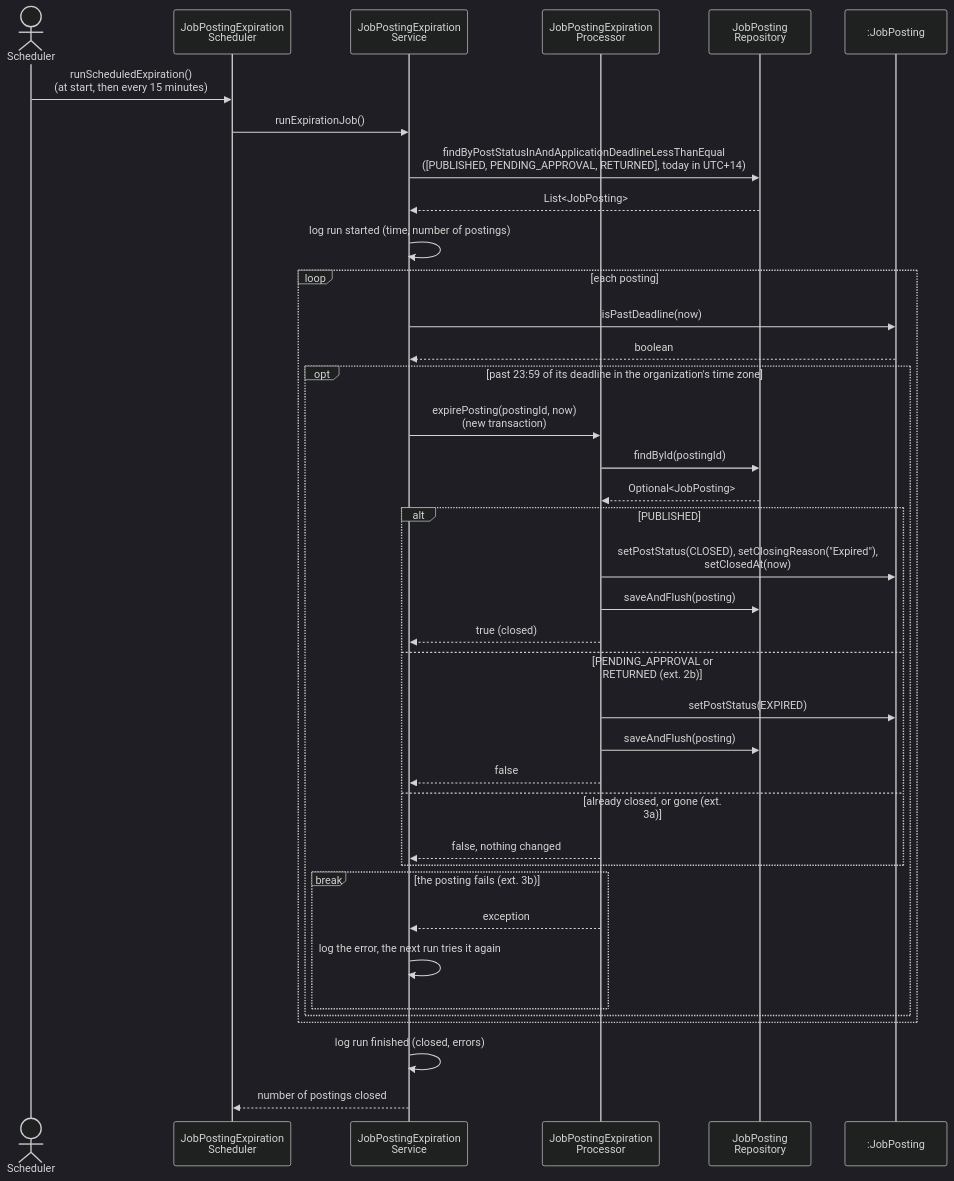
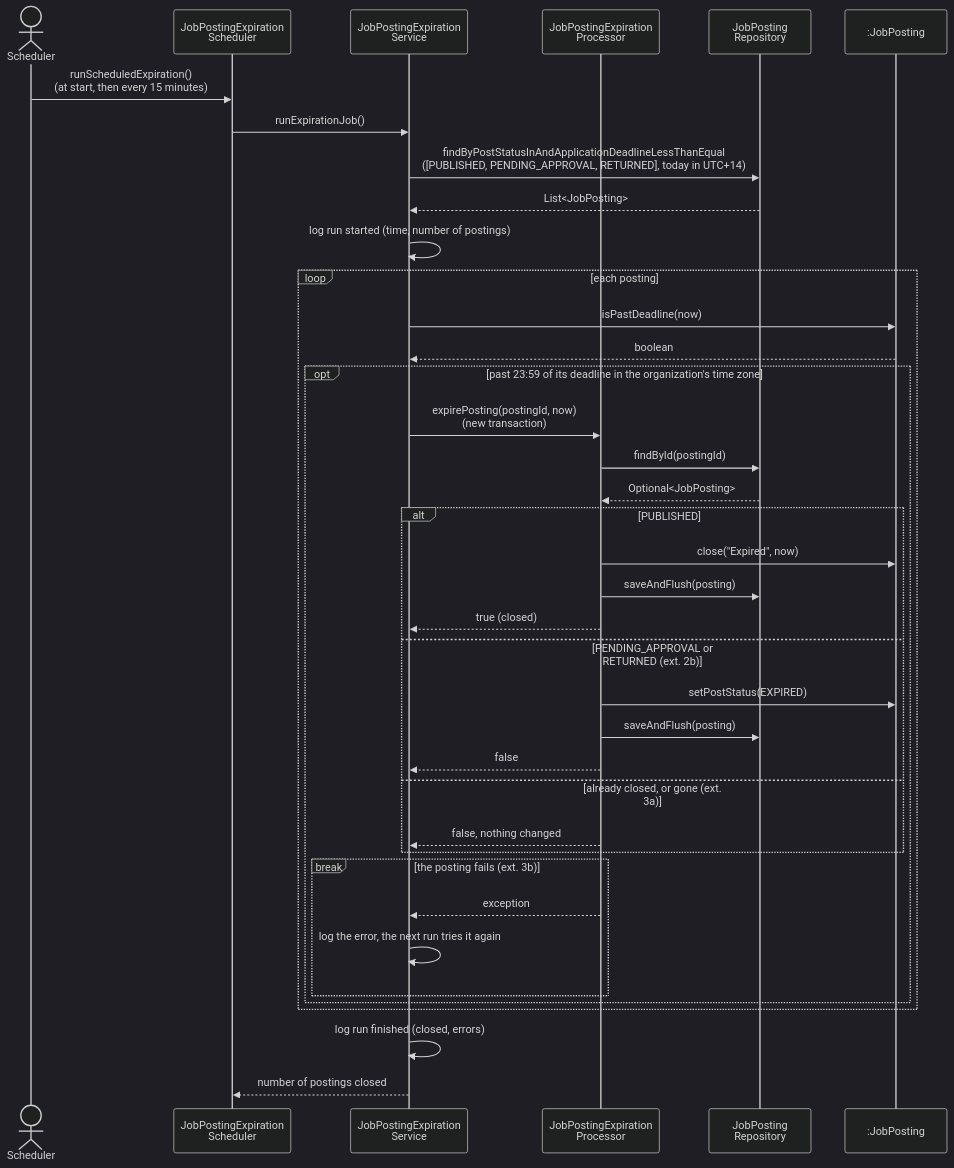
Before and after one commit to berdyshevol/careerbridge-csi5324: the tenth of 12 diagrams in spec/design.md, drawn with Mermaid (dark theme). The commit also changed other lines of this file and 1 other file, not shown here.

First line of the commit message:
SCRUM-214 SD-11b and test cases for a recruiter closing a posting

````diff
--- a/spec/design.md
+++ b/spec/design.md
@@ -506,41 +506,41 @@
 ```mermaid
 sequenceDiagram
     actor S as Scheduler
     participant SC as JobPostingExpiration<br/>Scheduler
     participant ES as JobPostingExpiration<br/>Service
     participant PR as JobPostingExpiration<br/>Processor
     participant JR as JobPosting<br/>Repository
     participant P as :JobPosting
 
     S->>SC: runScheduledExpiration()<br/>(at start, then every 15 minutes)
     SC->>ES: runExpirationJob()
     ES->>JR: findByPostStatusInAndApplicationDeadlineLessThanEqual<br/>([PUBLISHED, PENDING_APPROVAL, RETURNED], today in UTC+14)
     JR-->>ES: List<JobPosting>
     ES->>ES: log run started (time, number of postings)
     loop each posting
         ES->>P: isPastDeadline(now)
         P-->>ES: boolean
         opt past 23:59 of its deadline in the organization's time zone
             ES->>PR: expirePosting(postingId, now)<br/>(new transaction)
             PR->>JR: findById(postingId)
             JR-->>PR: Optional<JobPosting>
             alt PUBLISHED
-                PR->>P: setPostStatus(CLOSED), setClosingReason("Expired"),<br/>setClosedAt(now)
+                PR->>P: close("Expired", now)
                 PR->>JR: saveAndFlush(posting)
                 PR-->>ES: true (closed)
             else PENDING_APPROVAL or RETURNED (ext. 2b)
                 PR->>P: setPostStatus(EXPIRED)
                 PR->>JR: saveAndFlush(posting)
                 PR-->>ES: false
             else already closed, or gone (ext. 3a)
                 PR-->>ES: false, nothing changed
             end
             break the posting fails (ext. 3b)
                 PR-->>ES: exception
                 ES->>ES: log the error, the next run tries it again
             end
         end
     end
     ES->>ES: log run finished (closed, errors)
     ES-->>SC: number of postings closed
 ```
````
